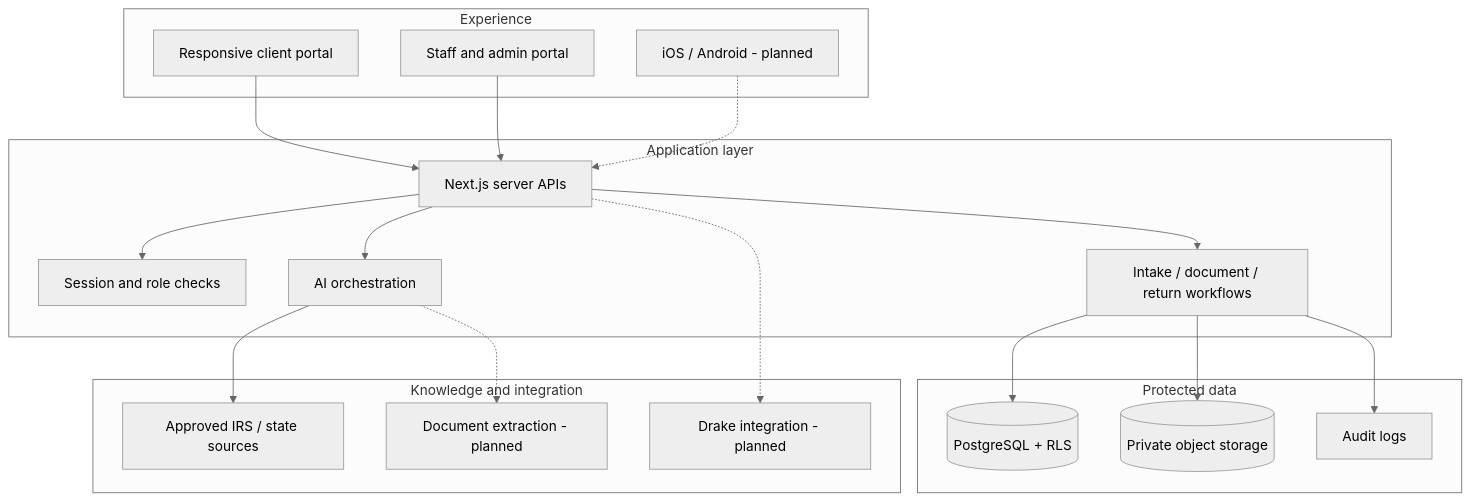
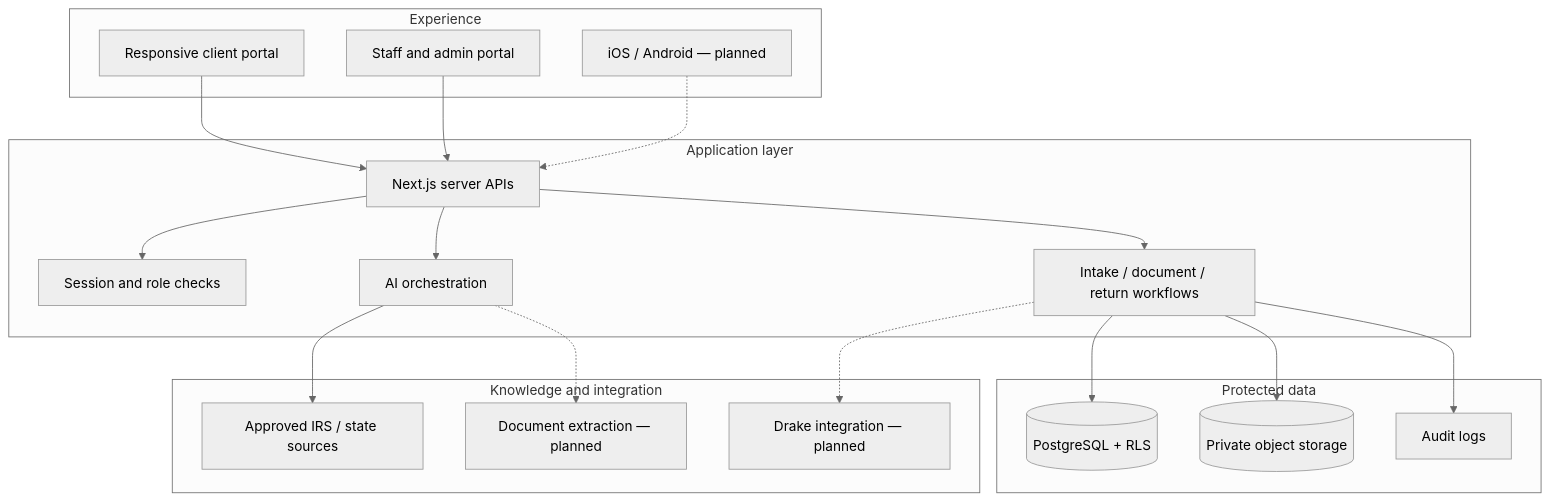
The first of 4 diagrams in README.md (vemularpm-sketch/atoz-efile-architecture-portfolio), drawn with Mermaid (neutral theme) before and after one commit. The commit also changed other lines of this file, not shown here.

````diff
--- a/README.md
+++ b/README.md
@@ -32,36 +24,36 @@
 ```mermaid
 flowchart TB
-  subgraph Clients[Experience]
-    WEB[Responsive client portal]
-    STAFF[Staff and admin portal]
-    MOBILE[iOS / Android - planned]
-  end
-  subgraph App[Application layer]
-    API[Next.js server APIs]
-    AUTH[Session and role checks]
-    FLOW[Intake / document / return workflows]
-    AI[AI orchestration]
-  end
-  subgraph Data[Protected data]
-    DB[(PostgreSQL + RLS)]
-    STORAGE[(Private object storage)]
-    AUDIT[Audit logs]
-  end
-  subgraph External[Knowledge and integration]
-    IRS[Approved IRS / state sources]
-    DOC[Document extraction - planned]
-    DRAKE[Drake integration - planned]
-  end
-  WEB --> API
-  STAFF --> API
-  MOBILE -.-> API
-  API --> AUTH
-  API --> FLOW
-  API --> AI
-  FLOW --> DB
-  FLOW --> STORAGE
-  FLOW --> AUDIT
-  AI --> IRS
-  AI -.-> DOC
-  API -.-> DRAKE
+    subgraph UX["Experience"]
+        WEB["Responsive client portal"]
+        STAFF["Staff and admin portal"]
+        MOBILE["iOS / Android — planned"]
+    end
+    subgraph APP["Application layer"]
+        API["Next.js server APIs"]
+        ACCESS["Session and role checks"]
+        WORK["Intake / document / return workflows"]
+        AI["AI orchestration"]
+    end
+    subgraph DATA["Protected data"]
+        DB[("PostgreSQL + RLS")]
+        FILES[("Private object storage")]
+        AUDIT["Audit logs"]
+    end
+    subgraph EXT["Knowledge and integration"]
+        KNOW["Approved IRS / state sources"]
+        EXTRACT["Document extraction — planned"]
+        DRAKE["Drake integration — planned"]
+    end
+    WEB --> API
+    STAFF --> API
+    MOBILE -.-> API
+    API --> ACCESS
+    API --> WORK
+    API --> AI
+    WORK --> DB
+    WORK --> FILES
+    WORK --> AUDIT
+    AI --> KNOW
+    AI -.-> EXTRACT
+    WORK -.-> DRAKE
 ```
````
